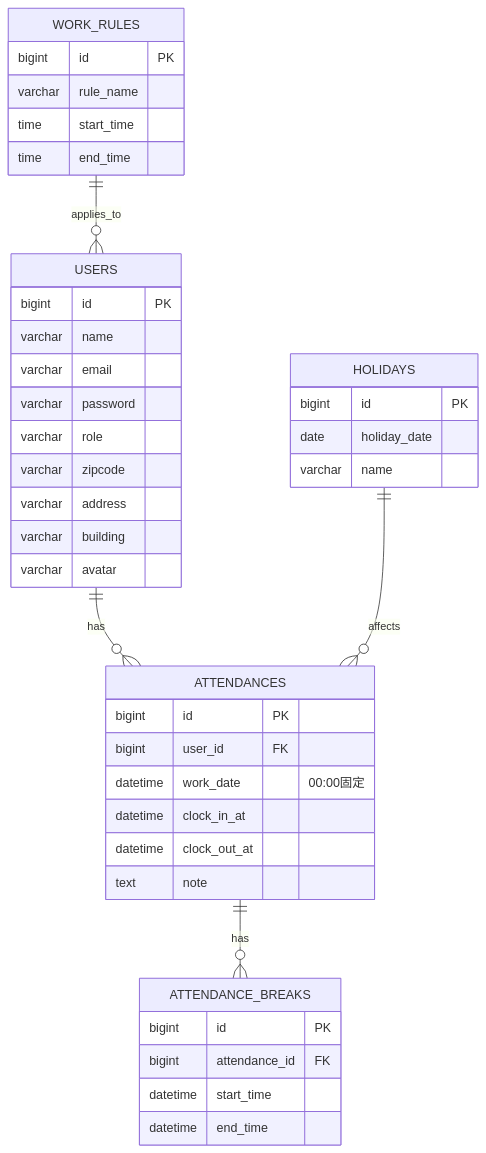
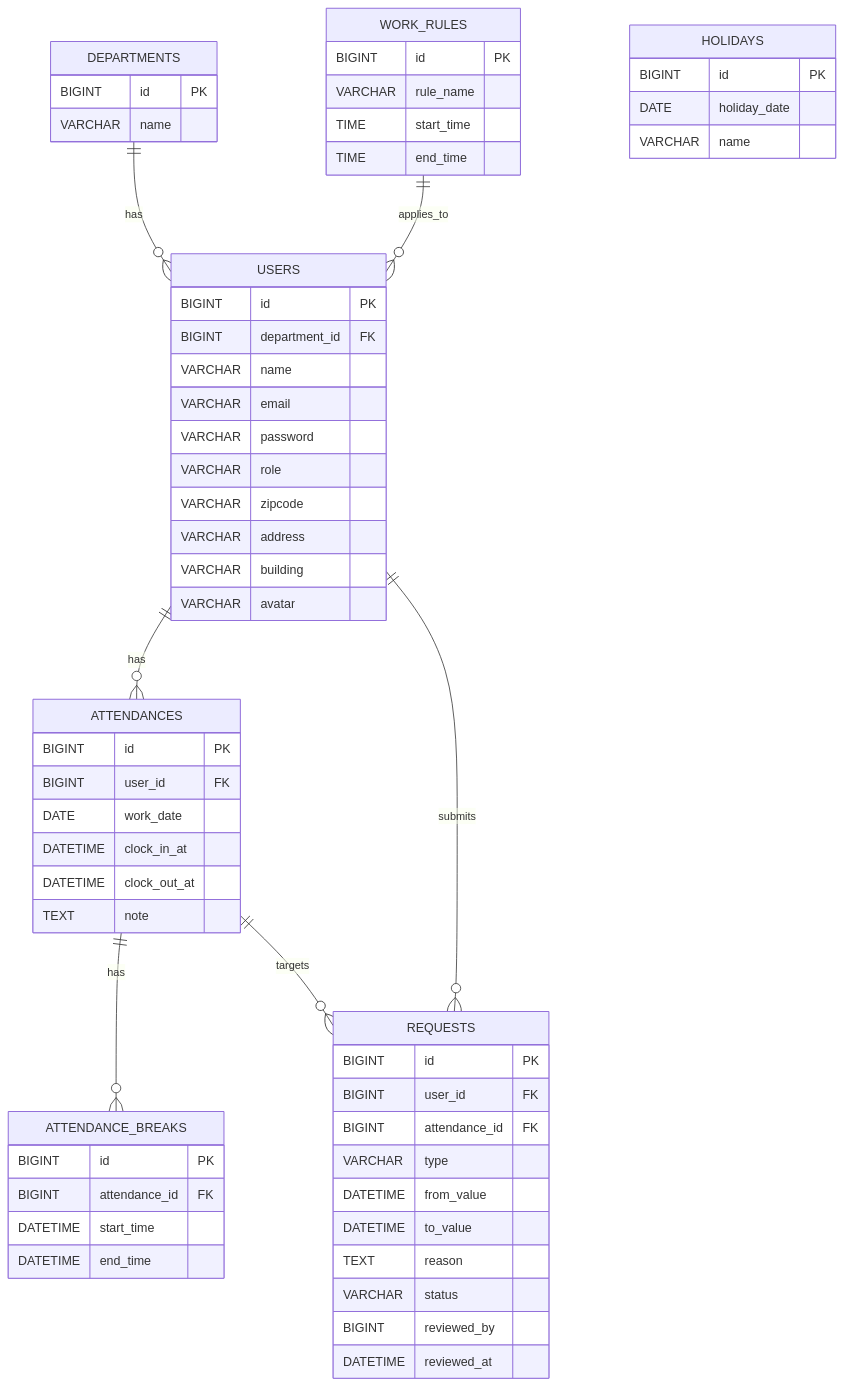
Before and after one commit to kiki1226/kintai: the diagram in README.md, drawn with Mermaid.

Commit message:
docs(readme): update ER diagram to 7-table version (add departments & requests)

````diff
--- a/README.md
+++ b/README.md
@@ -57,49 +57,69 @@
 ```mermaid
 erDiagram
-  USERS ||--o{ ATTENDANCES : has
-  ATTENDANCES ||--o{ ATTENDANCE_BREAKS : has
-  WORK_RULES ||--o{ USERS : applies_to
-  HOLIDAYS ||--o{ ATTENDANCES : affects
+  USERS {
+    BIGINT  id PK
+    BIGINT  department_id FK
+    VARCHAR name
+    VARCHAR email
+    VARCHAR password
+    VARCHAR role
+    VARCHAR zipcode
+    VARCHAR address
+    VARCHAR building
+    VARCHAR avatar
+  }
 
-  USERS {
-    bigint  id PK
-    varchar name
-    varchar email
-    varchar password
-    varchar role
-    varchar zipcode
-    varchar address
-    varchar building
-    varchar avatar
+  DEPARTMENTS {
+    BIGINT  id PK
+    VARCHAR name
+  }
+
+  WORK_RULES {
+    BIGINT  id PK
+    VARCHAR rule_name
+    TIME    start_time
+    TIME    end_time
+  }
+
+  HOLIDAYS {
+    BIGINT  id PK
+    DATE    holiday_date
+    VARCHAR name
   }
 
   ATTENDANCES {
-    bigint   id PK
-    bigint   user_id FK
-    datetime work_date  "00:00固定"
-    datetime clock_in_at
-    datetime clock_out_at
-    text     note
+    BIGINT   id PK
+    BIGINT   user_id FK
+    DATE     work_date
+    DATETIME clock_in_at
+    DATETIME clock_out_at
+    TEXT     note
   }
 
   ATTENDANCE_BREAKS {
-    bigint   id PK
-    bigint   attendance_id FK
-    datetime start_time
-    datetime end_time
+    BIGINT   id PK
+    BIGINT   attendance_id FK
+    DATETIME start_time
+    DATETIME end_time
   }
 
-  HOLIDAYS {
-    bigint id PK
-    date   holiday_date
-    varchar name
+  REQUESTS {
+    BIGINT   id PK
+    BIGINT   user_id FK
+    BIGINT   attendance_id FK
+    VARCHAR  type        
+    DATETIME from_value  
+    DATETIME to_value      
+    TEXT     reason
+    VARCHAR  status      
+    BIGINT   reviewed_by    
+    DATETIME reviewed_at    
   }
 
-  WORK_RULES {
-    bigint id PK
-    varchar rule_name
-    time   start_time
-    time   end_time
-  }
-
+  DEPARTMENTS     ||--o{ USERS              : has
+  WORK_RULES      ||--o{ USERS              : applies_to
+  USERS           ||--o{ ATTENDANCES        : has
+  ATTENDANCES     ||--o{ ATTENDANCE_BREAKS  : has
+  USERS           ||--o{ REQUESTS           : submits
+  ATTENDANCES     ||--o{ REQUESTS           : targets
 ```
````
